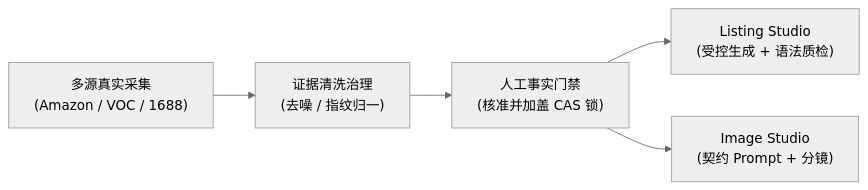
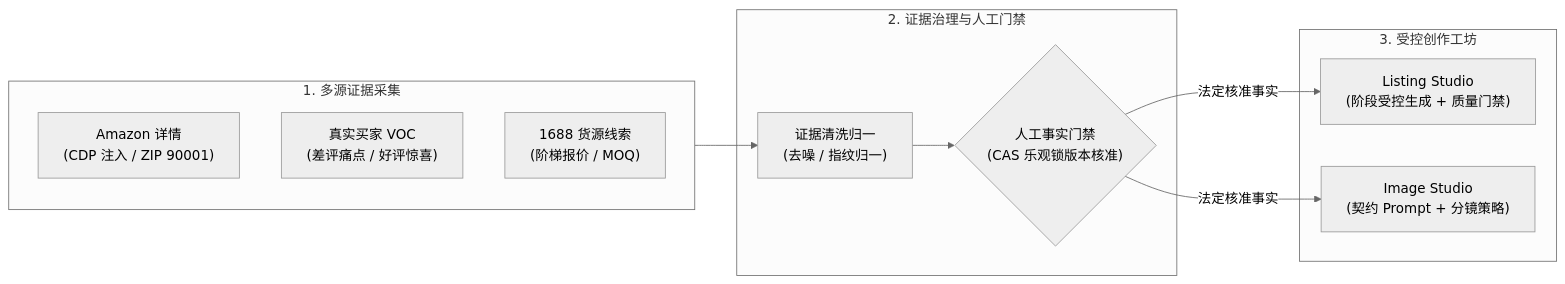
One commit to a2578348864a-sys/ecommerce-product-ai-optimizer changed the diagram in README.md. Above: the diagram before and after it, drawn with Mermaid (neutral theme). The commit also changed other lines of this file and 2 other files, not shown here.

````diff
--- a/README.md
+++ b/README.md
@@ -25,7 +78,23 @@
 ```mermaid
 flowchart LR
-    A["多源真实采集<br/>(Amazon / VOC / 1688)"] --> B["证据清洗治理<br/>(去噪 / 指纹归一)"]
-    B --> C["人工事实门禁<br/>(核准并加盖 CAS 锁)"]
-    C --> D["Listing Studio<br/>(受控生成 + 语法质检)"]
-    C --> E["Image Studio<br/>(契约 Prompt + 分镜)"]
+    subgraph S1["1. 多源证据采集"]
+        A1["Amazon 详情<br/>(CDP 注入 / ZIP 90001)"]
+        A2["真实买家 VOC<br/>(差评痛点 / 好评惊喜)"]
+        A3["1688 货源线索<br/>(阶梯报价 / MOQ)"]
+    end
+
+    subgraph S2["2. 证据治理与人工门禁"]
+        B["证据清洗归一<br/>(去噪 / 指纹归一)"]
+        C{"人工事实门禁<br/>(CAS 乐观锁版本核准)"}
+    end
+
+    subgraph S3["3. 受控创作工坊"]
+        D["Listing Studio<br/>(阶段受控生成 + 质量门禁)"]
+        E["Image Studio<br/>(契约 Prompt + 分镜策略)"]
+    end
+
+    S1 --> B
+    B --> C
+    C -->|法定核准事实| D
+    C -->|法定核准事实| E
 ```
````
